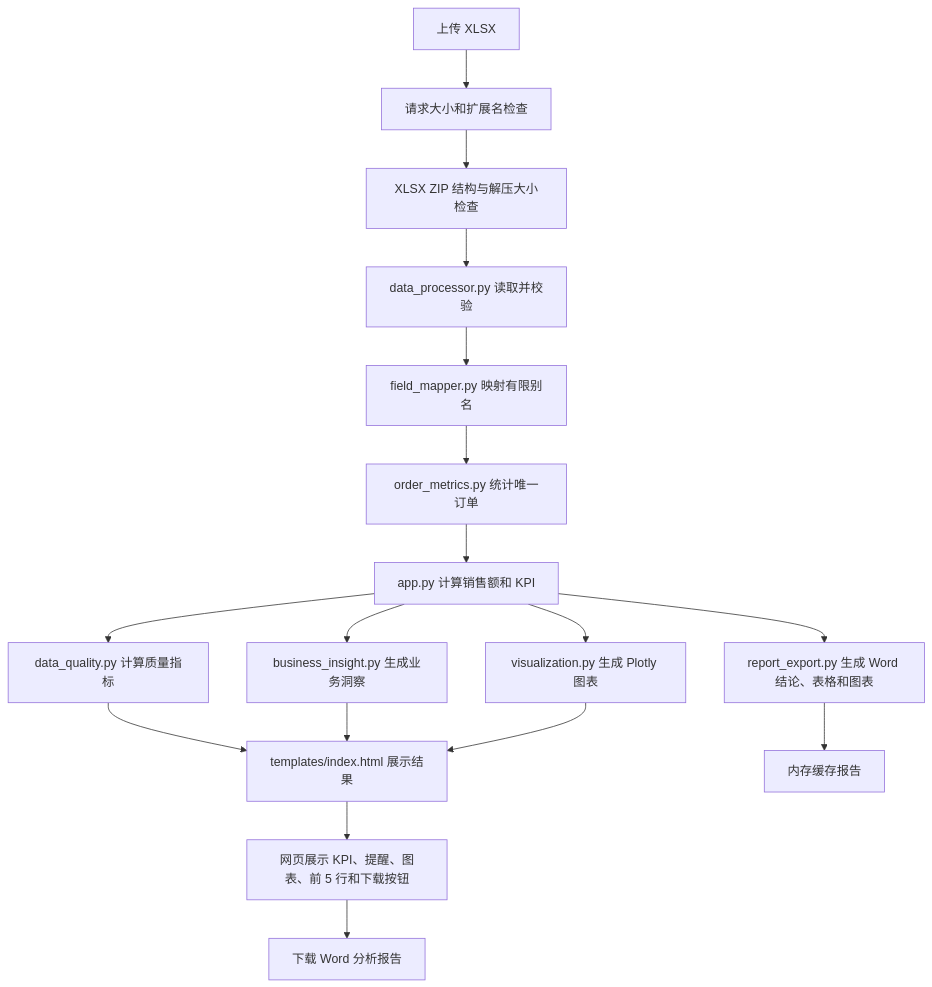
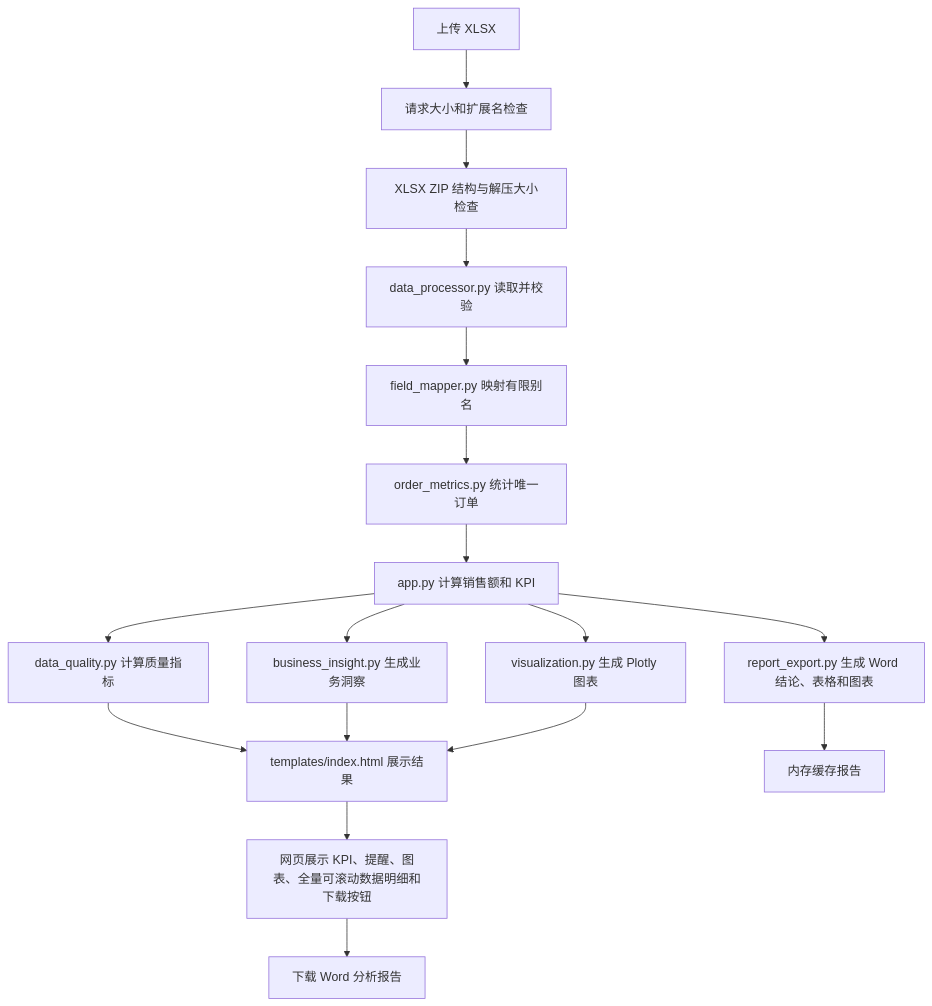
Before and after one commit to Panzer8181/excel-insight: the diagram in README.md, drawn with Mermaid. The commit also changed other lines of this file and 4 other files, not shown here.

````diff
--- a/README.md
+++ b/README.md
@@ -70,19 +70,19 @@
 ```mermaid
 flowchart TD
     A[上传 XLSX] --> B[请求大小和扩展名检查]
     B --> C[XLSX ZIP 结构与解压大小检查]
     C --> D[data_processor.py 读取并校验]
     D --> E[field_mapper.py 映射有限别名]
     E --> F[order_metrics.py 统计唯一订单]
     F --> G[app.py 计算销售额和 KPI]
     G --> H[data_quality.py 计算质量指标]
     G --> I[business_insight.py 生成业务洞察]
     G --> J[visualization.py 生成 Plotly 图表]
     G --> K[report_export.py 生成 Word 结论、表格和图表]
     H --> L[templates/index.html 展示结果]
     I --> L
     J --> L
     K --> M[内存缓存报告]
-    L --> N[网页展示 KPI、提醒、图表、前 5 行和下载按钮]
+    L --> N[网页展示 KPI、提醒、图表、全量可滚动数据明细和下载按钮]
     N --> O[下载 Word 分析报告]
 ```
````
